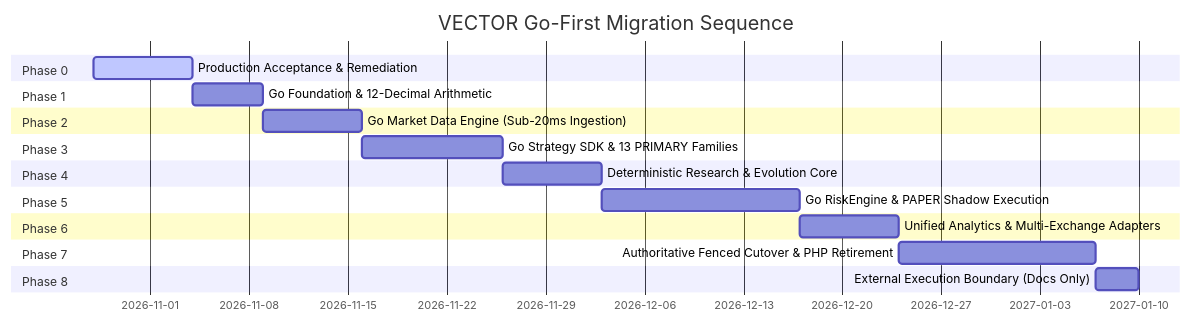
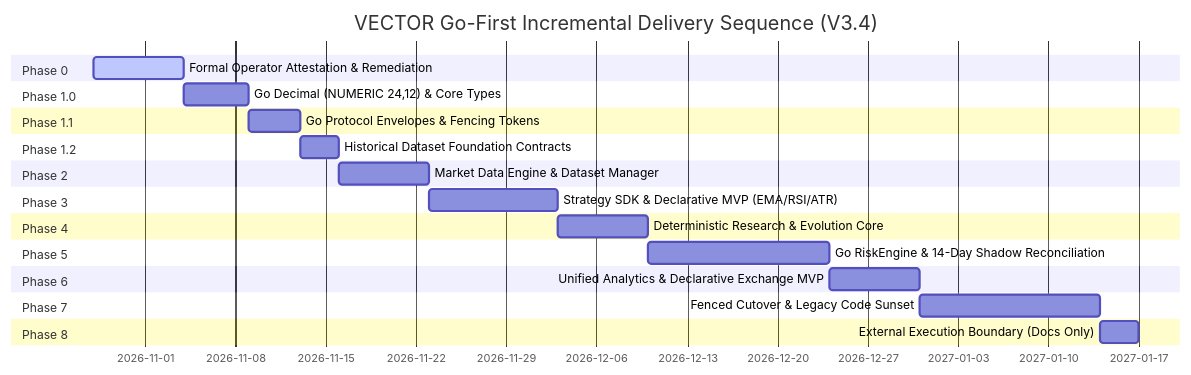
The diagram in docs/progress/VECTOR_GO_MIGRATION_REGISTRY_V3.md (Thunderkiss52/traderbybit), drawn with Mermaid before and after one commit. The commit also changed other lines of this file and 2 other files, not shown here.

First line of the commit message:
docs(roadmap): advance roadmap and migration registry to V3.4 with incremental delivery and governance

````diff
--- a/docs/progress/VECTOR_GO_MIGRATION_REGISTRY_V3.md
+++ b/docs/progress/VECTOR_GO_MIGRATION_REGISTRY_V3.md
@@ -68,23 +93,27 @@
 ```mermaid
 gantt
-    title VECTOR Go-First Migration Sequence
+    title VECTOR Go-First Incremental Delivery Sequence (V3.4)
     dateFormat  YYYY-MM-DD
     section Phase 0
-    Production Acceptance & Remediation :active, p0, 2026-10-28, 7d
-    section Phase 1
-    Go Foundation & 12-Decimal Arithmetic :p1, after p0, 5d
+    Formal Operator Attestation & Remediation :active, p0, 2026-10-28, 7d
+    section Phase 1.0
+    Go Decimal (NUMERIC 24,12) & Core Types :p1_0, after p0, 5d
+    section Phase 1.1
+    Go Protocol Envelopes & Fencing Tokens :p1_1, after p1_0, 4d
+    section Phase 1.2
+    Historical Dataset Foundation Contracts :p1_2, after p1_1, 3d
     section Phase 2
-    Go Market Data Engine (Sub-20ms Ingestion) :p2, after p1, 7d
+    Market Data Engine & Dataset Manager :p2, after p1_2, 7d
     section Phase 3
-    Go Strategy SDK & 13 PRIMARY Families :p3, after p2, 10d
+    Strategy SDK & Declarative MVP (EMA/RSI/ATR) :p3, after p2, 10d
     section Phase 4
     Deterministic Research & Evolution Core :p4, after p3, 7d
     section Phase 5
-    Go RiskEngine & PAPER Shadow Execution :p5, after p4, 14d
+    Go RiskEngine & 14-Day Shadow Reconciliation :p5, after p4, 14d
     section Phase 6
-    Unified Analytics & Multi-Exchange Adapters :p6, after p5, 7d
+    Unified Analytics & Declarative Exchange MVP :p6, after p5, 7d
     section Phase 7
-    Authoritative Fenced Cutover & PHP Retirement :p7, after p6, 14d
+    Fenced Cutover & Legacy Code Sunset :p7, after p6, 14d
     section Phase 8
     External Execution Boundary (Docs Only) :p8, after p7, 3d
 ```
````
